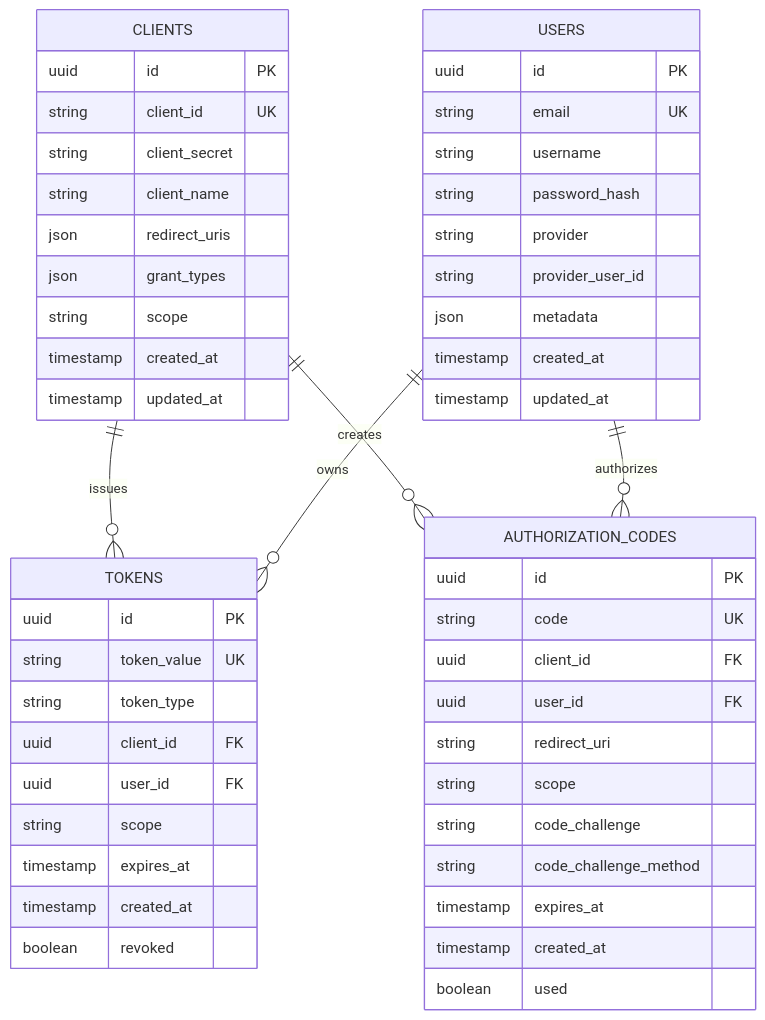
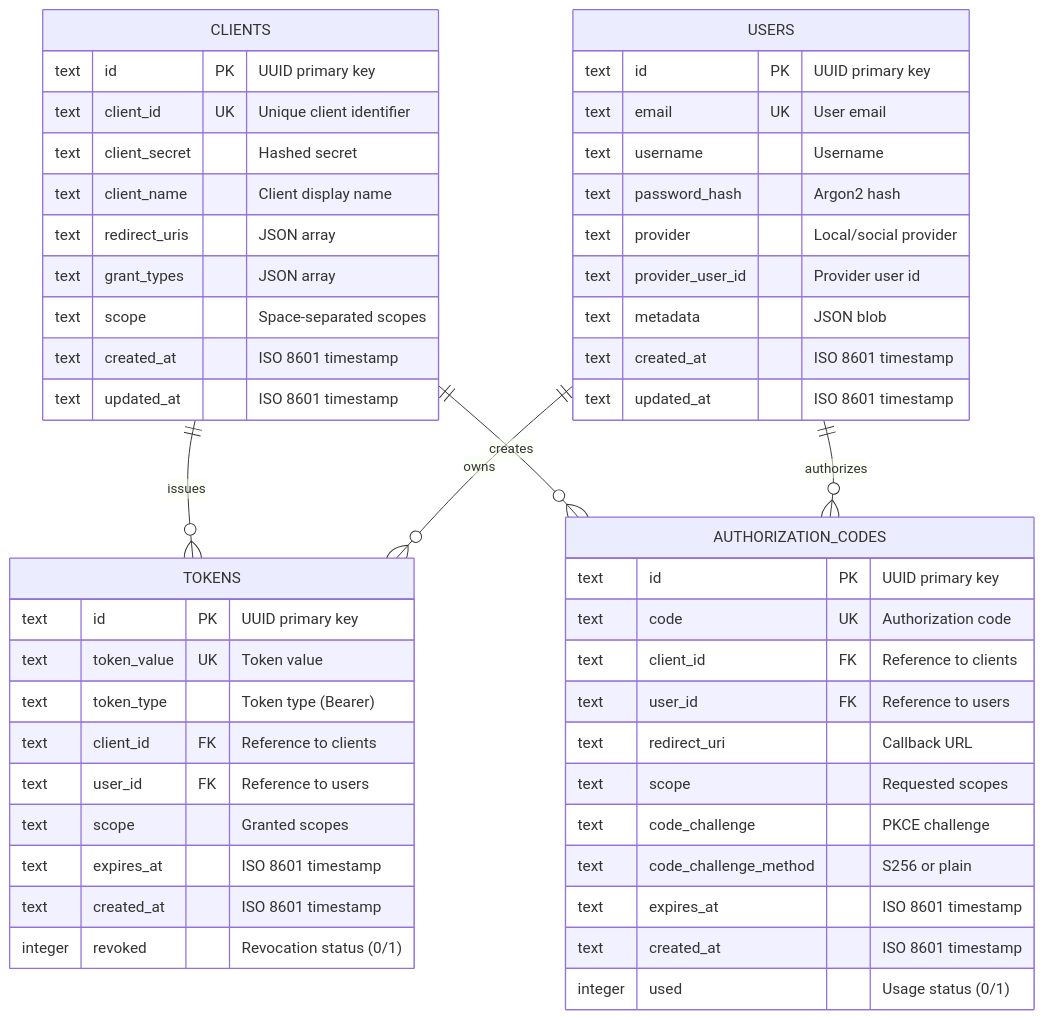
One commit to ianlintner/rust-oauth2-server changed the third of 10 diagrams in docs/architecture/overview.md. Above: the diagram before and after it, drawn with Mermaid. The commit also changed 11 other files, not shown here.

````diff
--- a/docs/architecture/overview.md
+++ b/docs/architecture/overview.md
@@ -197,57 +197,57 @@
 ```mermaid
 erDiagram
     CLIENTS ||--o{ TOKENS : issues
     CLIENTS ||--o{ AUTHORIZATION_CODES : creates
     USERS ||--o{ TOKENS : owns
     USERS ||--o{ AUTHORIZATION_CODES : authorizes
     
     CLIENTS {
-        uuid id PK
-        string client_id UK
-        string client_secret
-        string client_name
-        json redirect_uris
-        json grant_types
-        string scope
-        timestamp created_at
-        timestamp updated_at
+        text id PK "UUID primary key"
+        text client_id UK "Unique client identifier"
+        text client_secret "Hashed secret"
+        text client_name "Client display name"
+        text redirect_uris "JSON array"
+        text grant_types "JSON array"
+        text scope "Space-separated scopes"
+        text created_at "ISO 8601 timestamp"
+        text updated_at "ISO 8601 timestamp"
     }
     
     TOKENS {
-        uuid id PK
-        string token_value UK
-        string token_type
-        uuid client_id FK
-        uuid user_id FK
-        string scope
-        timestamp expires_at
-        timestamp created_at
-        boolean revoked
+        text id PK "UUID primary key"
+        text token_value UK "Token value"
+        text token_type "Token type (Bearer)"
+        text client_id FK "Reference to clients"
+        text user_id FK "Reference to users"
+        text scope "Granted scopes"
+        text expires_at "ISO 8601 timestamp"
+        text created_at "ISO 8601 timestamp"
+        integer revoked "Revocation status (0/1)"
     }
     
     AUTHORIZATION_CODES {
-        uuid id PK
-        string code UK
-        uuid client_id FK
-        uuid user_id FK
-        string redirect_uri
-        string scope
-        string code_challenge
-        string code_challenge_method
-        timestamp expires_at
-        timestamp created_at
-        boolean used
+        text id PK "UUID primary key"
+        text code UK "Authorization code"
+        text client_id FK "Reference to clients"
+        text user_id FK "Reference to users"
+        text redirect_uri "Callback URL"
+        text scope "Requested scopes"
+        text code_challenge "PKCE challenge"
+        text code_challenge_method "S256 or plain"
+        text expires_at "ISO 8601 timestamp"
+        text created_at "ISO 8601 timestamp"
+        integer used "Usage status (0/1)"
     }
     
     USERS {
-        uuid id PK
-        string email UK
-        string username
-        string password_hash
-        string provider
-        string provider_user_id
-        json metadata
-        timestamp created_at
-        timestamp updated_at
+        text id PK "UUID primary key"
+        text email UK "User email"
+        text username "Username"
+        text password_hash "Argon2 hash"
+        text provider "Local/social provider"
+        text provider_user_id "Provider user id"
+        text metadata "JSON blob"
+        text created_at "ISO 8601 timestamp"
+        text updated_at "ISO 8601 timestamp"
     }
 ```
````
